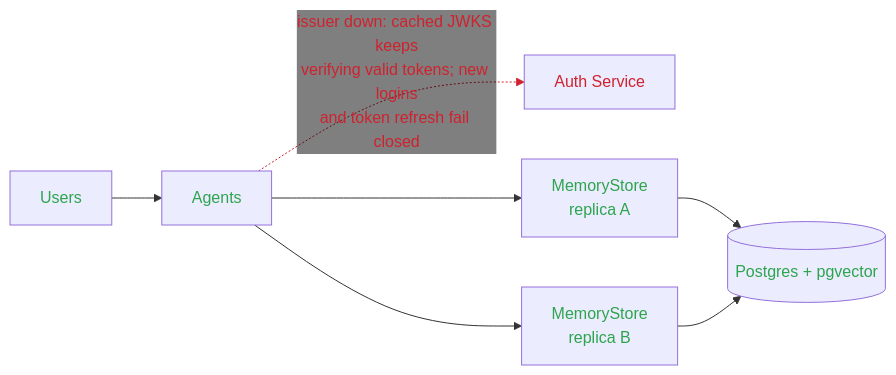
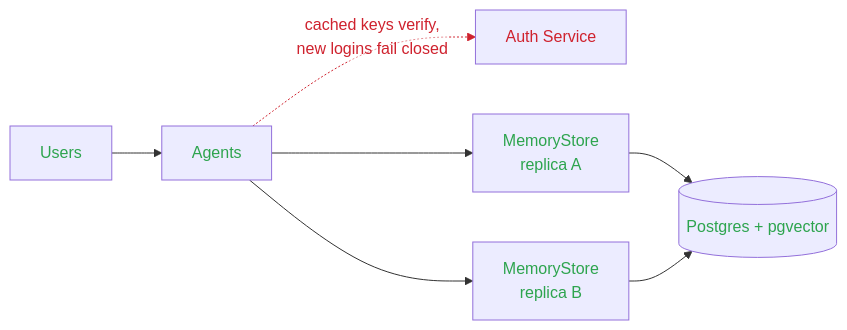
One commit to axsaucedo/kaos-adrs changed the eighth of 8 diagrams in memory/blog/BLOGPOST_DRAFT_PART_3.md. Above: the diagram before and after it, drawn with Mermaid. The commit also changed other lines of this file, not shown here.

First line of the commit message:
blog(part3): boxless readable annotations on the failure diagrams, verified by rendering

````diff
--- a/memory/blog/BLOGPOST_DRAFT_PART_3.md
+++ b/memory/blog/BLOGPOST_DRAFT_PART_3.md
@@ -337,16 +337,16 @@
 ```mermaid
-%%{init: {"themeVariables": {"edgeLabelBackground": "transparent"}}}%%
+%%{init: {"themeVariables": {"edgeLabelBackground": "#ffffff00"}}}%%
 flowchart LR
   U["Users"] --> A["Agents"]
-  A -.->|"issuer down: cached JWKS keeps<br/>verifying valid tokens; new logins<br/>and token refresh fail closed"| AS["Auth Service"]
+  A -.->|"cached keys verify,<br/>new logins fail closed"| AS["Auth Service"]
   A --> R1["MemoryStore<br/>replica A"]
   A --> R2["MemoryStore<br/>replica B"]
   R1 --> PG[("Postgres + pgvector")]
   R2 --> PG
   classDef down color:#cf222e;
   classDef warn color:#d4a72c;
   classDef ok color:#2da44e;
   class AS down;
   class U,A,R1,R2,PG ok;
   linkStyle 1 stroke:#cf222e,color:#cf222e
 ```
````
